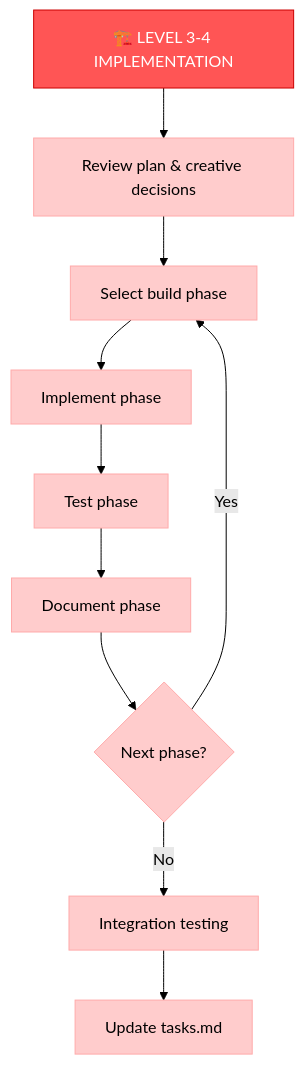
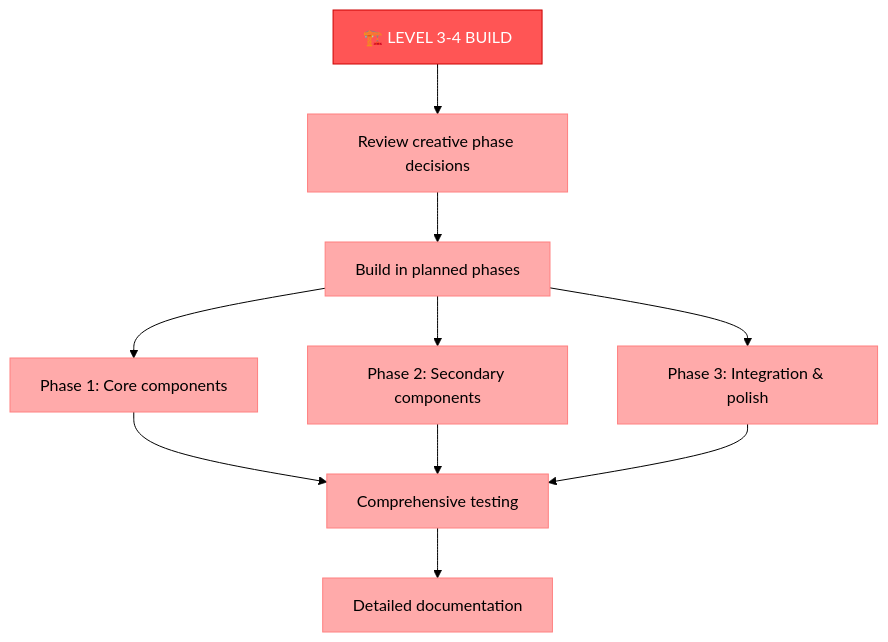
The fourth of 6 diagrams in .cursor/rules/isolation_rules/Modes/implement-mode-detailed.mdc (7Spade/cursor-memory-bank), drawn with Mermaid (forest theme) before and after one commit. The commit also changed other lines of this file and 7 other files, not shown here.

````diff
--- a/.cursor/rules/isolation_rules/Modes/implement-mode-detailed.mdc
+++ b/.cursor/rules/isolation_rules/Modes/implement-mode-detailed.mdc
@@ -192,22 +186,19 @@
 ```mermaid
 graph TD
-    L34["🏗️ LEVEL 3-4 IMPLEMENTATION"] --> Review["Review plan & creative decisions"]
-    Review --> Select["Select build phase"]
-    Select --> Implement["Implement phase"]
-    Implement --> Test["Test phase"]
-    Test --> Document["Document phase"]
-    Document --> Next{"Next phase?"}
-    Next -->|"Yes"| Select
-    Next -->|"No"| Integration["Integration testing"]
-    Integration --> Final["Update tasks.md"]
+    L34["🏗️ LEVEL 3-4 BUILD"] --> CreativeReview["Review creative phase decisions"]
+    CreativeReview --> Phases["Build in planned phases"]
+    Phases --> Phase1["Phase 1: Core components"]
+    Phases --> Phase2["Phase 2: Secondary components"]
+    Phases --> Phase3["Phase 3: Integration & polish"]
+    Phase1 & Phase2 & Phase3 --> Test["Comprehensive testing"]
+    Test --> Doc["Detailed documentation"]
     
     style L34 fill:#ff5555,stroke:#cc0000,color:white
-    style Review fill:#ffcccc,stroke:#ffaaaa,color:black
-    style Select fill:#ffcccc,stroke:#ffaaaa,color:black
-    style Implement fill:#ffcccc,stroke:#ffaaaa,color:black
-    style Test fill:#ffcccc,stroke:#ffaaaa,color:black
-    style Document fill:#ffcccc,stroke:#ffaaaa,color:black
-    style Next fill:#ffcccc,stroke:#ffaaaa,color:black
-    style Integration fill:#ffcccc,stroke:#ffaaaa,color:black
-    style Final fill:#ffcccc,stroke:#ffaaaa,color:black
+    style CreativeReview fill:#ffaaaa,stroke:#ff8080,color:black
+    style Phases fill:#ffaaaa,stroke:#ff8080,color:black
+    style Phase1 fill:#ffaaaa,stroke:#ff8080,color:black
+    style Phase2 fill:#ffaaaa,stroke:#ff8080,color:black
+    style Phase3 fill:#ffaaaa,stroke:#ff8080,color:black
+    style Test fill:#ffaaaa,stroke:#ff8080,color:black
+    style Doc fill:#ffaaaa,stroke:#ff8080,color:black
 ```
````
